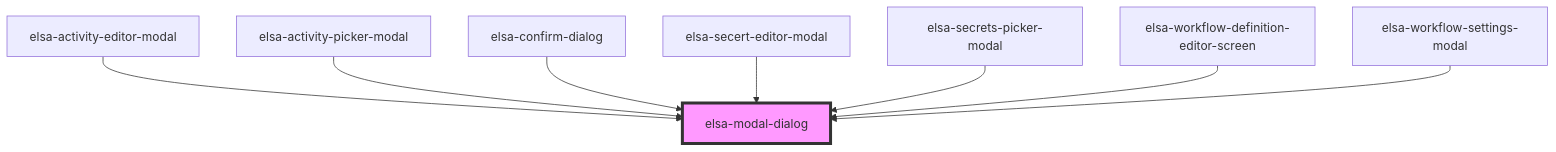
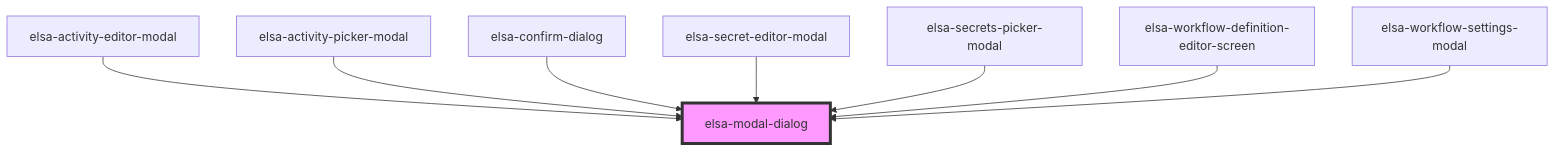
One commit to elsa-workflows/elsa-core changed the diagram in src/designer/elsa-workflows-studio/src/components/shared/elsa-modal-dialog/readme.md. Above: the diagram before and after it, drawn with Mermaid. The commit also changed other lines of this file and 17 other files, not shown here.

````diff
--- a/src/designer/elsa-workflows-studio/src/components/shared/elsa-modal-dialog/readme.md
+++ b/src/designer/elsa-workflows-studio/src/components/shared/elsa-modal-dialog/readme.md
@@ -52,11 +52,11 @@
 ```mermaid
 graph TD;
   elsa-activity-editor-modal --> elsa-modal-dialog
   elsa-activity-picker-modal --> elsa-modal-dialog
   elsa-confirm-dialog --> elsa-modal-dialog
-  elsa-secert-editor-modal --> elsa-modal-dialog
+  elsa-secret-editor-modal --> elsa-modal-dialog
   elsa-secrets-picker-modal --> elsa-modal-dialog
   elsa-workflow-definition-editor-screen --> elsa-modal-dialog
   elsa-workflow-settings-modal --> elsa-modal-dialog
   style elsa-modal-dialog fill:#f9f,stroke:#333,stroke-width:4px
 ```
````
